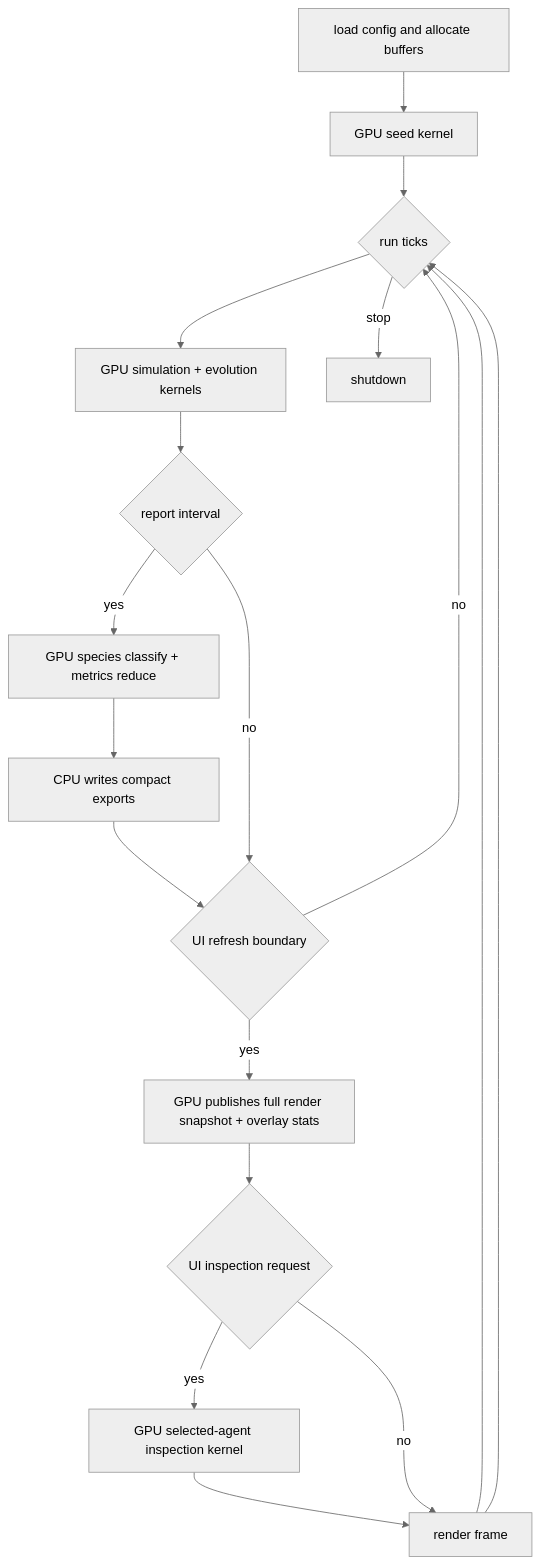
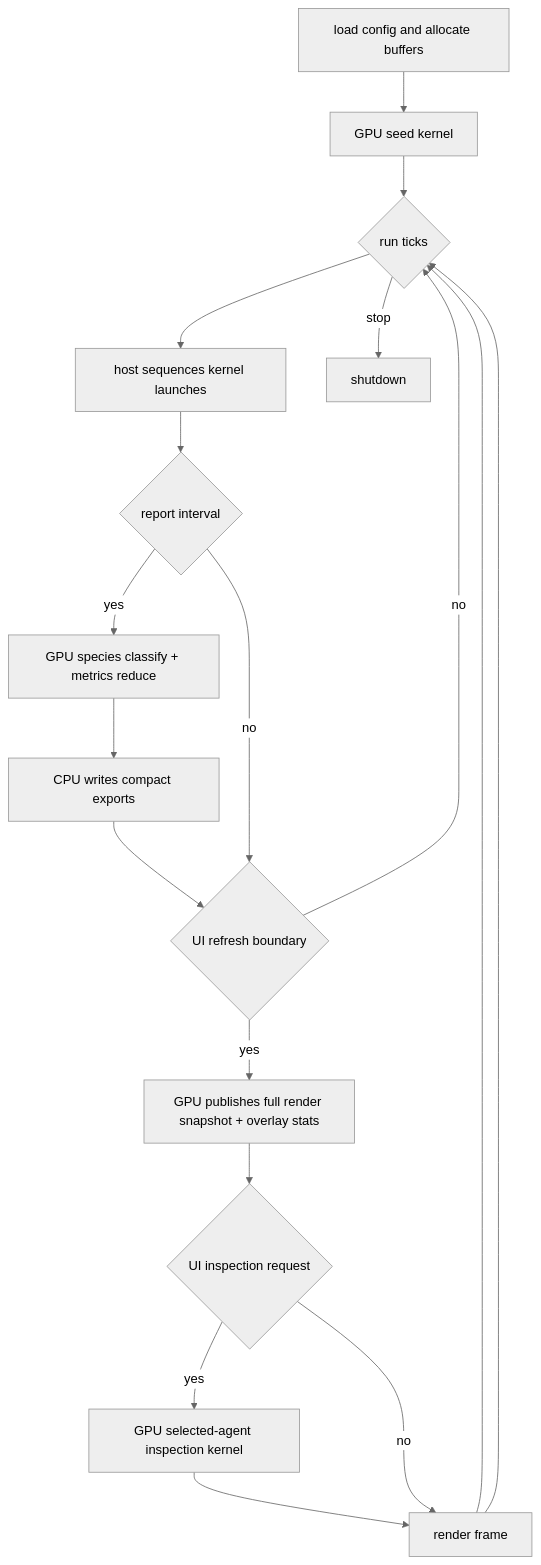
Before and after one commit to moon-aii/moonai: the fifth of 5 diagrams in docs/internals/architecture.md, drawn with Mermaid (neutral theme). The commit also changed other lines of this file and 4 other files, not shown here.

````diff
--- a/docs/internals/architecture.md
+++ b/docs/internals/architecture.md
@@ -249,26 +249,26 @@
 ```mermaid
 flowchart TD
     START[load config and allocate buffers]
     SEED[GPU seed kernel]
     LOOP{run ticks}
-    STEP[GPU simulation + evolution kernels]
+    STEP[host sequences kernel launches]
     REPORT{report interval}
     REDUCE[GPU species classify + metrics reduce]
     EXPORT[CPU writes compact exports]
     UIFRAME{UI refresh boundary}
     SNAPSHOT[GPU publishes full render snapshot + overlay stats]
     UIREQ{UI inspection request}
     INSPECT[GPU selected-agent inspection kernel]
     DRAW[render frame]
     END[shutdown]
 
     START --> SEED --> LOOP
     LOOP --> STEP --> REPORT
     REPORT -->|yes| REDUCE --> EXPORT --> UIFRAME
     REPORT -->|no| UIFRAME
     UIFRAME -->|yes| SNAPSHOT --> UIREQ
     UIFRAME -->|no| LOOP
     UIREQ -->|yes| INSPECT --> DRAW --> LOOP
     UIREQ -->|no| DRAW --> LOOP
     LOOP -->|stop| END
 ```
````
